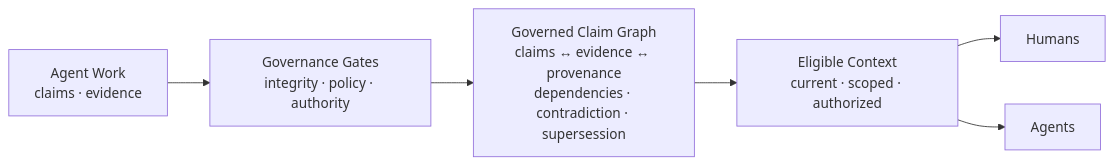
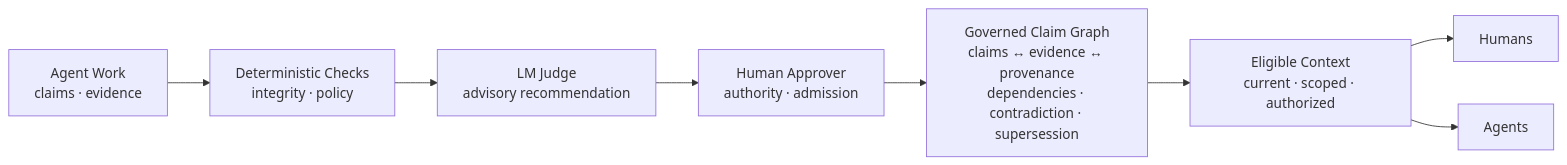
The first of 2 diagrams in README.md (chenmingtang830/proofpress), drawn with Mermaid before and after one commit. The commit also changed other lines of this file, not shown here.

Commit message:
docs: name the governance decision stages

````diff
--- a/README.md
+++ b/README.md
@@ -122,8 +123,10 @@
 ```mermaid
 flowchart LR
-  W["Agent Work<br/>claims · evidence"] --> G["Governance Gates<br/>integrity · policy · authority"]
-  G --> C["Governed Claim Graph<br/>claims ↔ evidence ↔ provenance<br/>dependencies · contradiction · supersession"]
+  W["Agent Work<br/>claims · evidence"] --> D["Deterministic Checks<br/>integrity · policy"]
+  D --> J["LM Judge<br/>advisory recommendation"]
+  J --> R["Human Approver<br/>authority · admission"]
+  R --> C["Governed Claim Graph<br/>claims ↔ evidence ↔ provenance<br/>dependencies · contradiction · supersession"]
   C --> E["Eligible Context<br/>current · scoped · authorized"]
   E --> H["Humans"]
   E --> A["Agents"]
 ```
````
